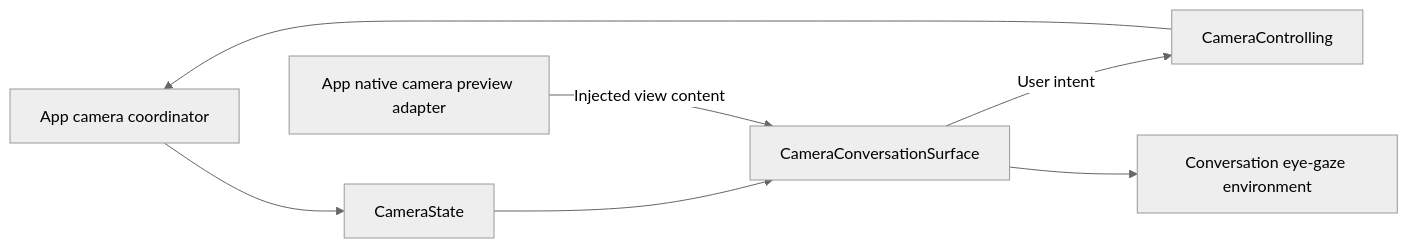
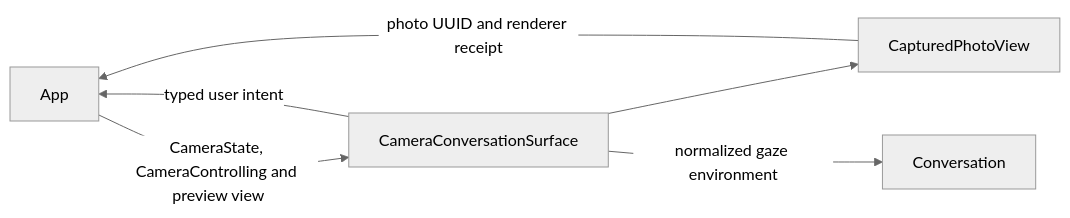
Before and after one commit to devilyouwei/MobileHarness: the diagram in MobileHarness/UI/Camera/README.md, drawn with Mermaid (neutral theme). The commit also changed other lines of this file and 116 other files, not shown here.

````diff
--- a/MobileHarness/UI/Camera/README.md
+++ b/MobileHarness/UI/Camera/README.md
@@ -15,9 +15,8 @@
 ```mermaid
 flowchart LR
-    App[App camera coordinator] --> State[CameraState]
-    State --> Surface[CameraConversationSurface]
-    Surface -->|User intent| Controls[CameraControlling]
-    Controls --> App
-    Adapter[App native camera preview adapter] -->|Injected view content| Surface
-    Surface --> Gaze[Conversation eye-gaze environment]
+ App -->|CameraState, CameraControlling and preview view| Surface[CameraConversationSurface]
+ Surface -->|typed user intent| App
+ Surface --> Photo[CapturedPhotoView]
+ Photo -->|photo UUID and renderer receipt| App
+ Surface -->|normalized gaze environment| Conversation
 ```
````
